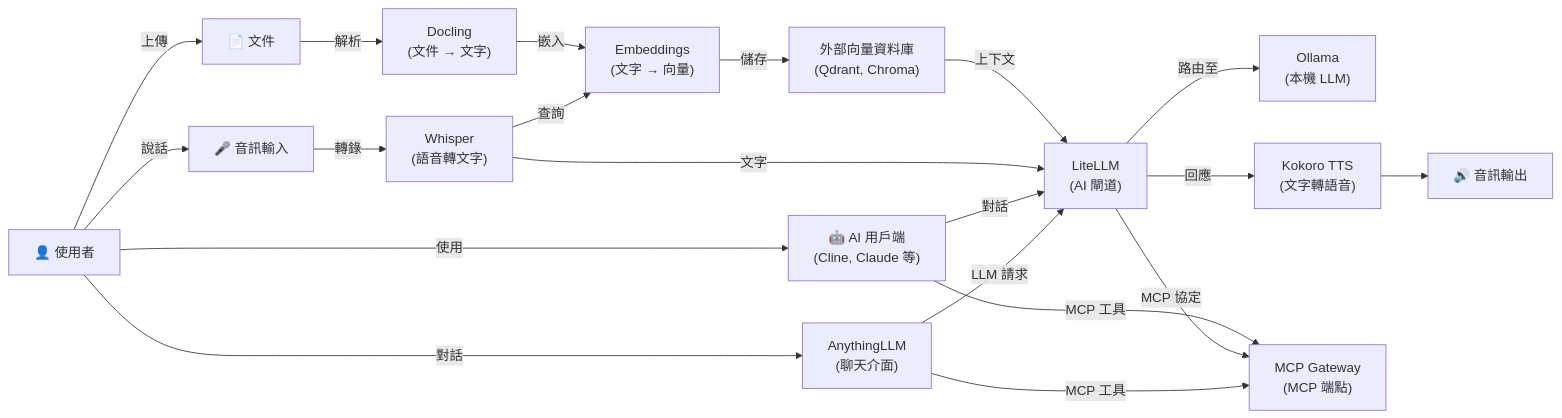
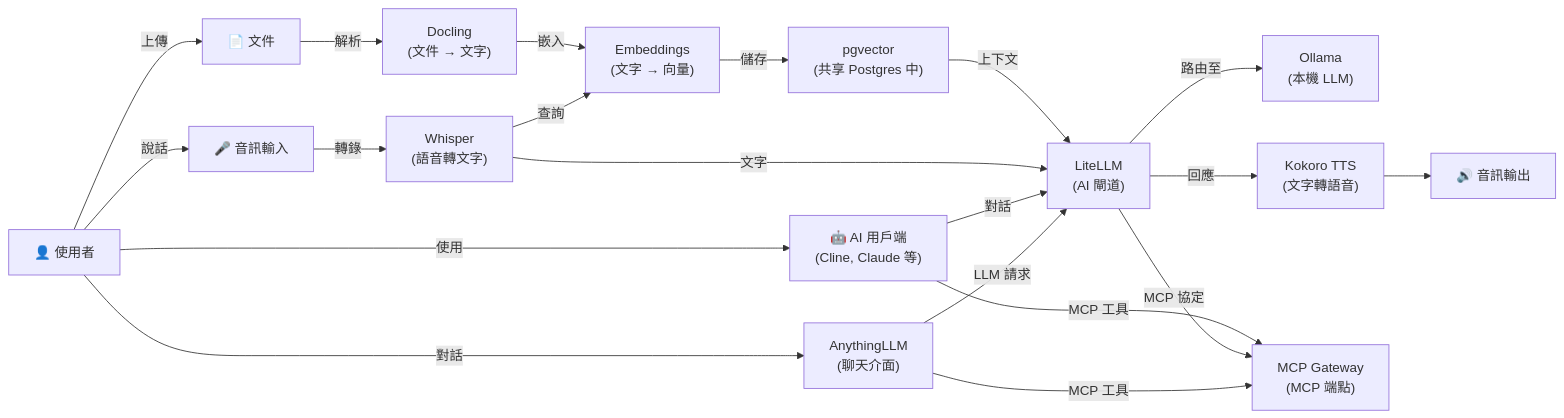
Before and after one commit to hwdsl2/self-hosted-ai-stack: the diagram in README-zh-Hant.md, drawn with Mermaid. The commit also changed other lines of this file and 35 other files, not shown here.

````diff
--- a/README-zh-Hant.md
+++ b/README-zh-Hant.md
@@ -147,22 +155,22 @@
 ```mermaid
 graph LR
     A["🎤 音訊輸入"] -->|轉錄| W["Whisper<br/>(語音轉文字)"]
     D["📄 文件"] -->|解析| DC["Docling<br/>(文件 → 文字)"]
     DC -->|嵌入| E["Embeddings<br/>(文字 → 向量)"]
-    E -->|儲存| VDB["外部向量資料庫<br/>(Qdrant, Chroma)"]
+    E -->|儲存| VDB["pgvector<br/>(共享 Postgres 中)"]
     W -->|查詢| E
     VDB -->|上下文| L["LiteLLM<br/>(AI 閘道)"]
     W -->|文字| L
     L -->|路由至| O["Ollama<br/>(本機 LLM)"]
     L -->|回應| T["Kokoro TTS<br/>(文字轉語音)"]
     T --> B["🔊 音訊輸出"]
     C["🤖 AI 用戶端<br/>(Cline, Claude 等)"] -->|MCP 工具| M["MCP Gateway<br/>(MCP 端點)"]
     C -->|對話| L
     L -->|MCP 協定| M
     U["👤 使用者"] -->|對話| AN["AnythingLLM<br/>(聊天介面)"]
     AN -->|LLM 請求| L
     AN -->|MCP 工具| M
     U -->|使用| C
     U -->|說話| A
     U -->|上傳| D
 ```
````
